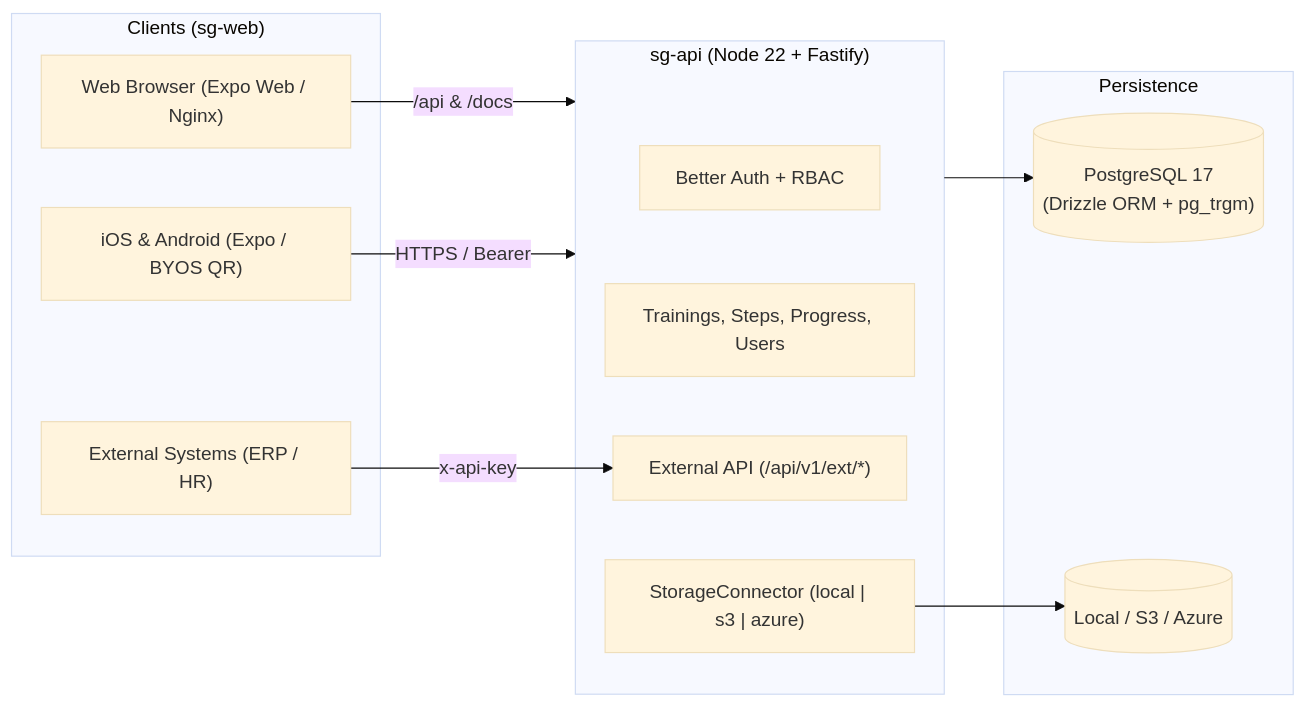
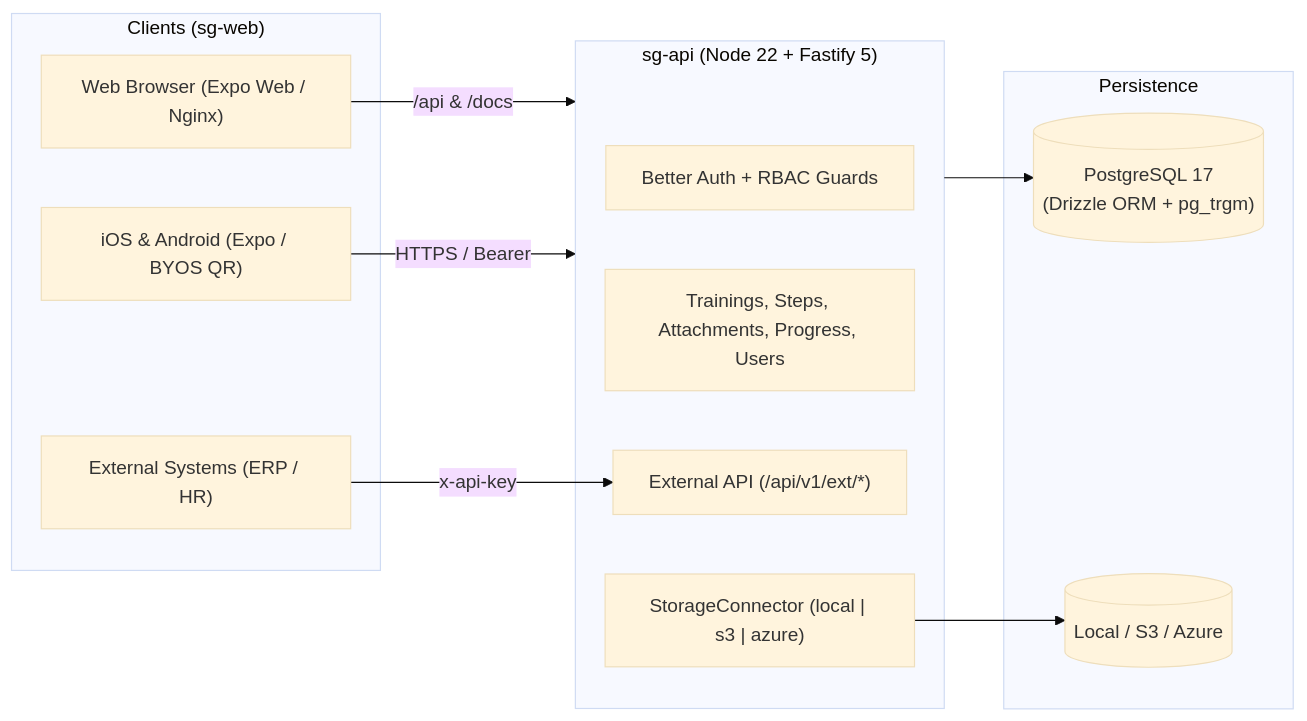
Before and after one commit to vieirafabiog/SmartGuide: the diagram in README.md, drawn with Mermaid (base theme). The commit also changed other lines of this file, not shown here.

````diff
--- a/README.md
+++ b/README.md
@@ -48,26 +41,26 @@
 ```mermaid
 flowchart LR
     subgraph Clients["Clients (sg-web)"]
         Web["Web Browser (Expo Web / Nginx)"]
         Mobile["iOS & Android (Expo / BYOS QR)"]
         Ext["External Systems (ERP / HR)"]
     end
 
-    subgraph API["sg-api (Node 22 + Fastify)"]
-        Auth["Better Auth + RBAC"]
-        Core["Trainings, Steps, Progress, Users"]
+    subgraph API["sg-api (Node 22 + Fastify 5)"]
+        Auth["Better Auth + RBAC Guards"]
+        Core["Trainings, Steps, Attachments, Progress, Users"]
         ExtAPI["External API (/api/v1/ext/*)"]
         Storage["StorageConnector (local | s3 | azure)"]
     end
 
     subgraph Data["Persistence"]
         PG[("PostgreSQL 17\n(Drizzle ORM + pg_trgm)")]
         Disk[("Local / S3 / Azure")]
     end
 
     Web -->|/api & /docs| API
     Mobile -->|HTTPS / Bearer| API
     Ext -->|x-api-key| ExtAPI
     API --> PG
     Storage --> Disk
 ```
````
